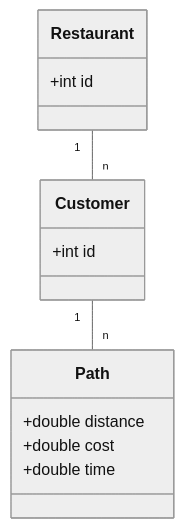
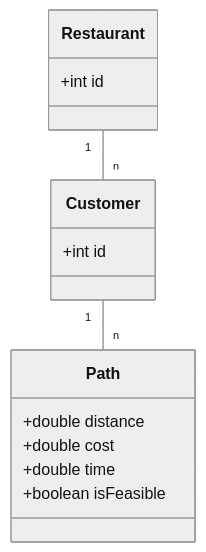
The second of 6 diagrams in README.md (944613709/2024PKU-Takeaway-Finding-Optimal-Path-System), drawn with Mermaid (neutral theme) before and after one commit. The commit also changed other lines of this file and 5 other files, not shown here.

````diff
--- a/README.md
+++ b/README.md
@@ -97,19 +187,20 @@
 ```mermaid
 classDiagram
     class Restaurant {
         +int id
     }
     
     class Customer {
         +int id
     }
     
     class Path {
         +double distance
         +double cost
         +double time
+        +boolean isFeasible
     }
     
     Customer "1" -- "n" Path
     Restaurant "1" -- "n" Customer
 ```
````
